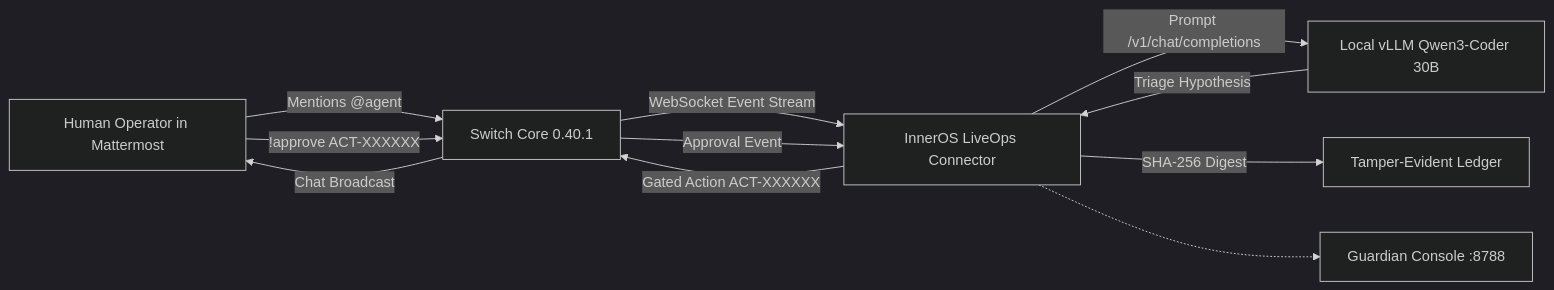
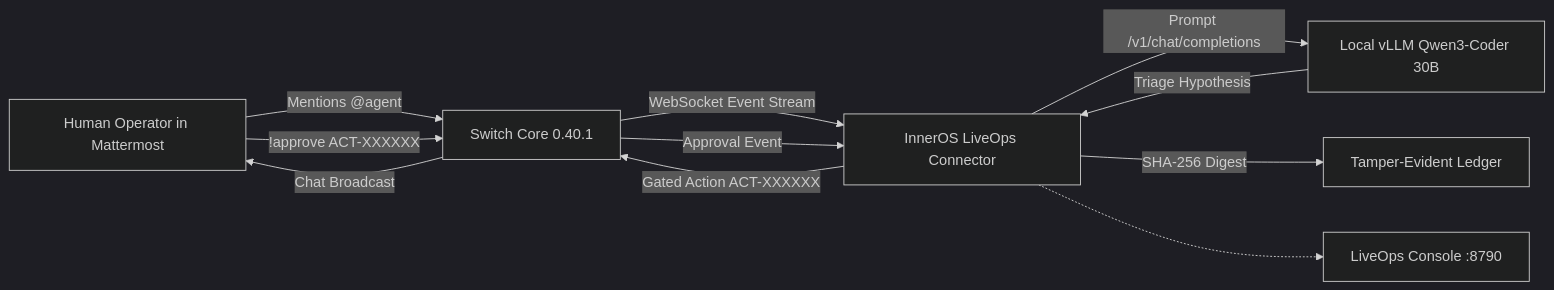
Before and after one commit to Rafa-Innerchispa/inneros-flip-the-switch-2026: the diagram in docs/BLOG_POST_HOW_WE_BUILT_INNEROS_LIVEOPS_EN.md, drawn with Mermaid (dark theme). The commit also changed other lines of this file, not shown here.

````diff
--- a/docs/BLOG_POST_HOW_WE_BUILT_INNEROS_LIVEOPS_EN.md
+++ b/docs/BLOG_POST_HOW_WE_BUILT_INNEROS_LIVEOPS_EN.md
@@ -34,13 +34,13 @@
 ```mermaid
 flowchart LR
     Operator[Human Operator in Mattermost] -->|Mentions @agent| Switch[Switch Core 0.40.1]
     Switch -->|WebSocket Event Stream| Connector[InnerOS LiveOps Connector]
     Connector -->|Prompt /v1/chat/completions| LLM[Local vLLM Qwen3-Coder 30B]
     LLM -->|Triage Hypothesis| Connector
     Connector -->|Gated Action ACT-XXXXXX| Switch
     Switch -->|Chat Broadcast| Operator
     Operator -->|!approve ACT-XXXXXX| Switch
     Switch -->|Approval Event| Connector
     Connector -->|SHA-256 Digest| Ledger[Tamper-Evident Ledger]
-    Connector -.-> Console[Guardian Console :8788]
+    Connector -.-> Console[LiveOps Console :8790]
 ```
````
